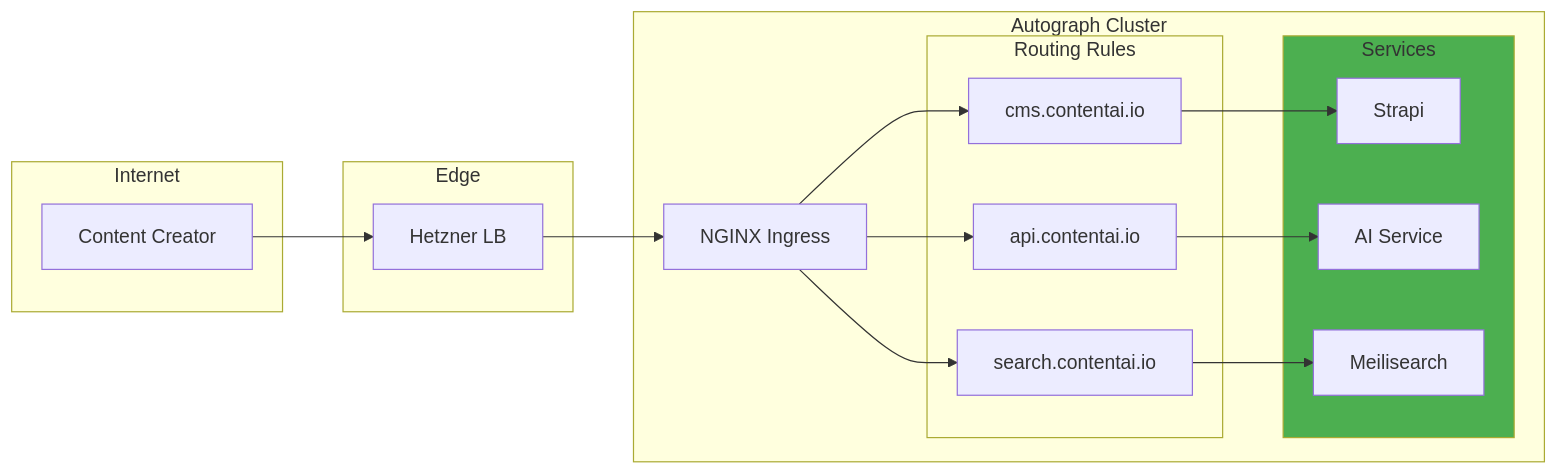
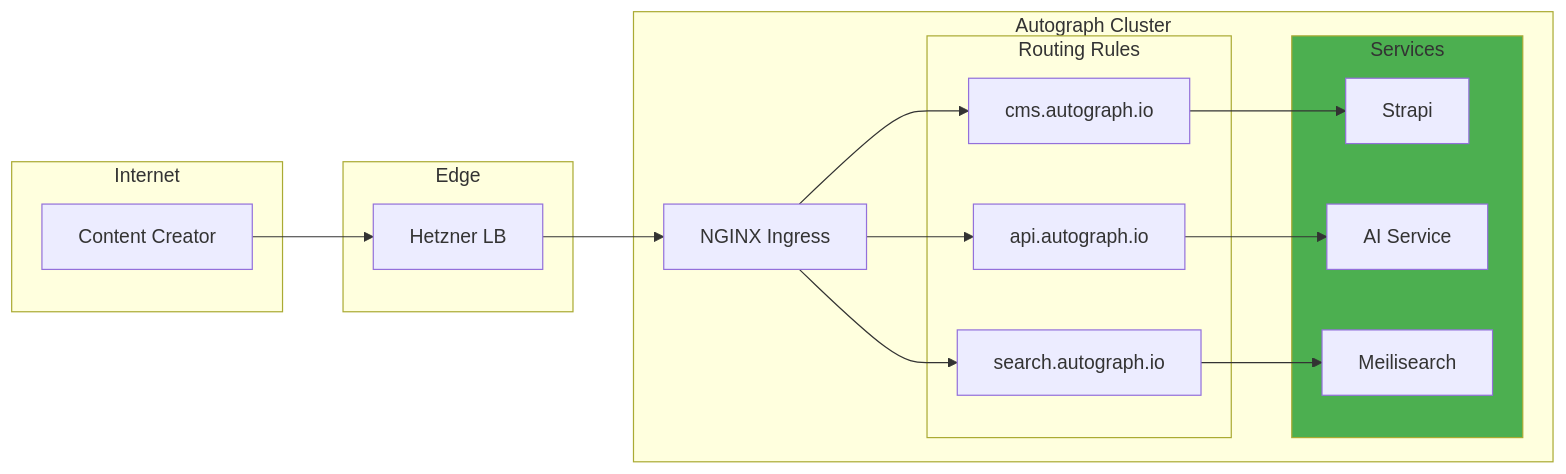
Before and after one commit to PearlThoughtsInternship/Internship-Obsidian-Vault: the sixth of 11 diagrams in DevOps/02-Engineering/04-Container-Orchestration.md, drawn with Mermaid. The commit also changed other lines of this file and 7 other files, not shown here.

````diff
--- a/DevOps/02-Engineering/04-Container-Orchestration.md
+++ b/DevOps/02-Engineering/04-Container-Orchestration.md
@@ -335,33 +335,33 @@
 ```mermaid
 flowchart LR
     subgraph Internet["Internet"]
         Creator["Content Creator"]
     end
 
     subgraph Edge["Edge"]
         LB["Hetzner LB"]
     end
 
     subgraph Cluster["Autograph Cluster"]
         ING["NGINX Ingress"]
 
         subgraph Routes["Routing Rules"]
-            R1["cms.contentai.io"]
-            R2["api.contentai.io"]
-            R3["search.contentai.io"]
+            R1["cms.autograph.io"]
+            R2["api.autograph.io"]
+            R3["search.autograph.io"]
         end
 
         subgraph Services["Services"]
             STRAPI["Strapi"]
             AI["AI Service"]
             MEILI["Meilisearch"]
         end
     end
 
     Creator --> LB --> ING
     ING --> R1 --> STRAPI
     ING --> R2 --> AI
     ING --> R3 --> MEILI
 
     style Services fill:#4CAF50
 ```
````
